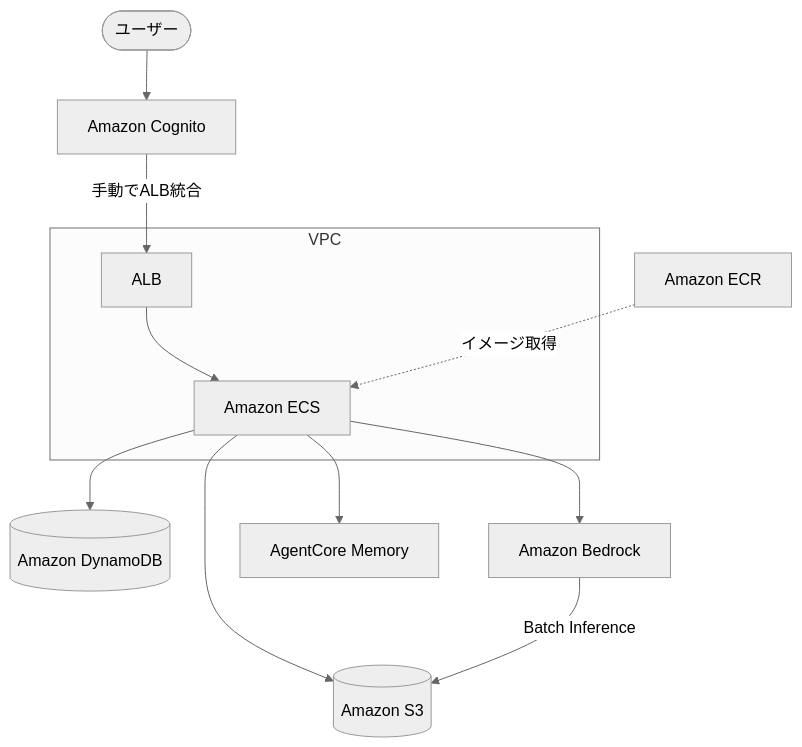
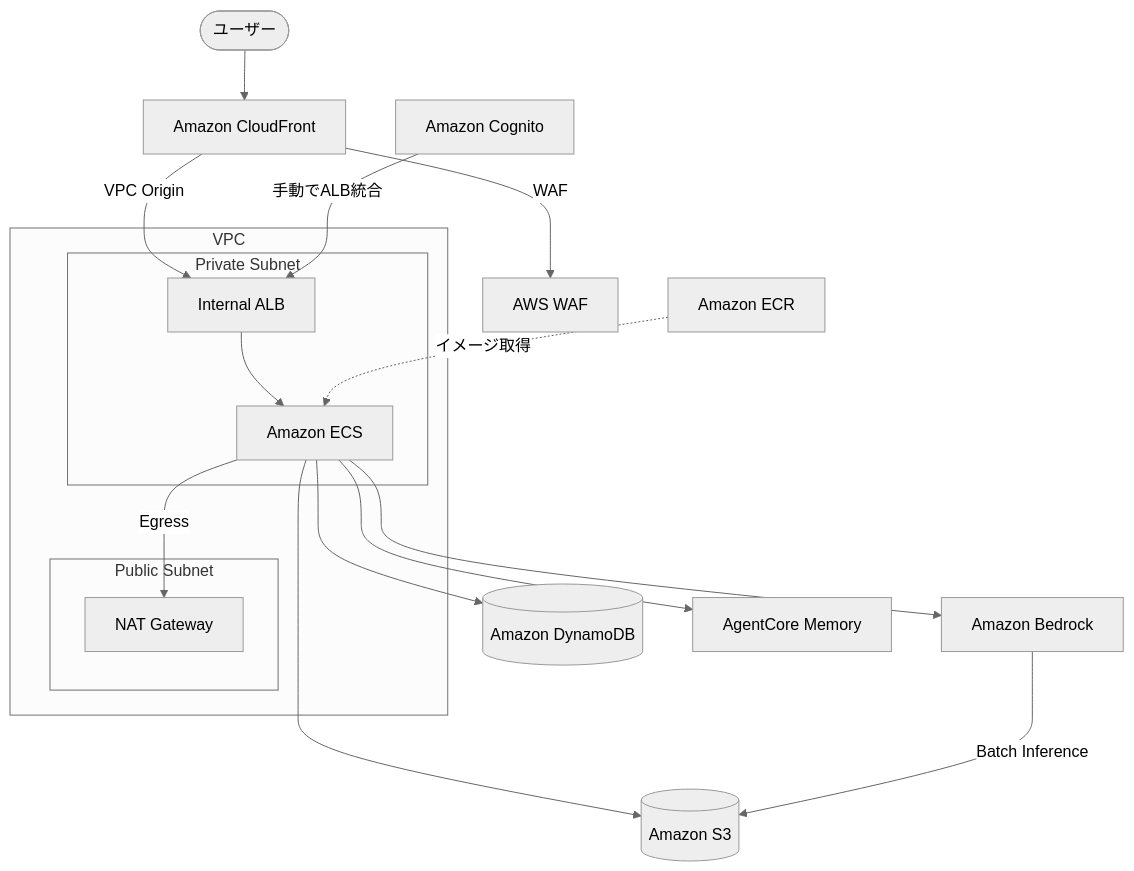
One commit to aws-samples/sample-ai-persona changed the diagram in cdk/README.md. Above: the diagram before and after it, drawn with Mermaid (neutral theme). The commit also changed other lines of this file, not shown here.

First line of the commit message:
📚 docs(cloudfront-vpc-origin): README更新 - CloudFront+VPC Origin構成を反映

````diff
--- a/cdk/README.md
+++ b/cdk/README.md
@@ -7,16 +7,24 @@
 ```mermaid
 graph TB
-    User([ユーザー]) --> Cognito[Amazon Cognito]
-    Cognito -->|手動でALB統合| ALB
+    User([ユーザー]) --> CloudFront[Amazon CloudFront]
+    CloudFront -->|WAF| WAF[AWS WAF]
+    CloudFront -->|VPC Origin| ALB
 
     subgraph VPC["VPC"]
-        ALB[ALB] --> ECS[Amazon ECS]
+        subgraph Private["Private Subnet"]
+            ALB[Internal ALB] --> ECS[Amazon ECS]
+        end
+        subgraph Public["Public Subnet"]
+            NAT[NAT Gateway]
+        end
+        ECS -->|Egress| NAT
     end
 
+    Cognito[Amazon Cognito] -->|手動でALB統合| ALB
     ECR[Amazon ECR] -.->|イメージ取得| ECS
     ECS --> DynamoDB[(Amazon DynamoDB)]
     ECS --> S3[(Amazon S3)]
     ECS --> Bedrock[Amazon Bedrock]
     ECS --> Memory[AgentCore Memory]
     Bedrock -->|Batch Inference| S3
 ```
````
